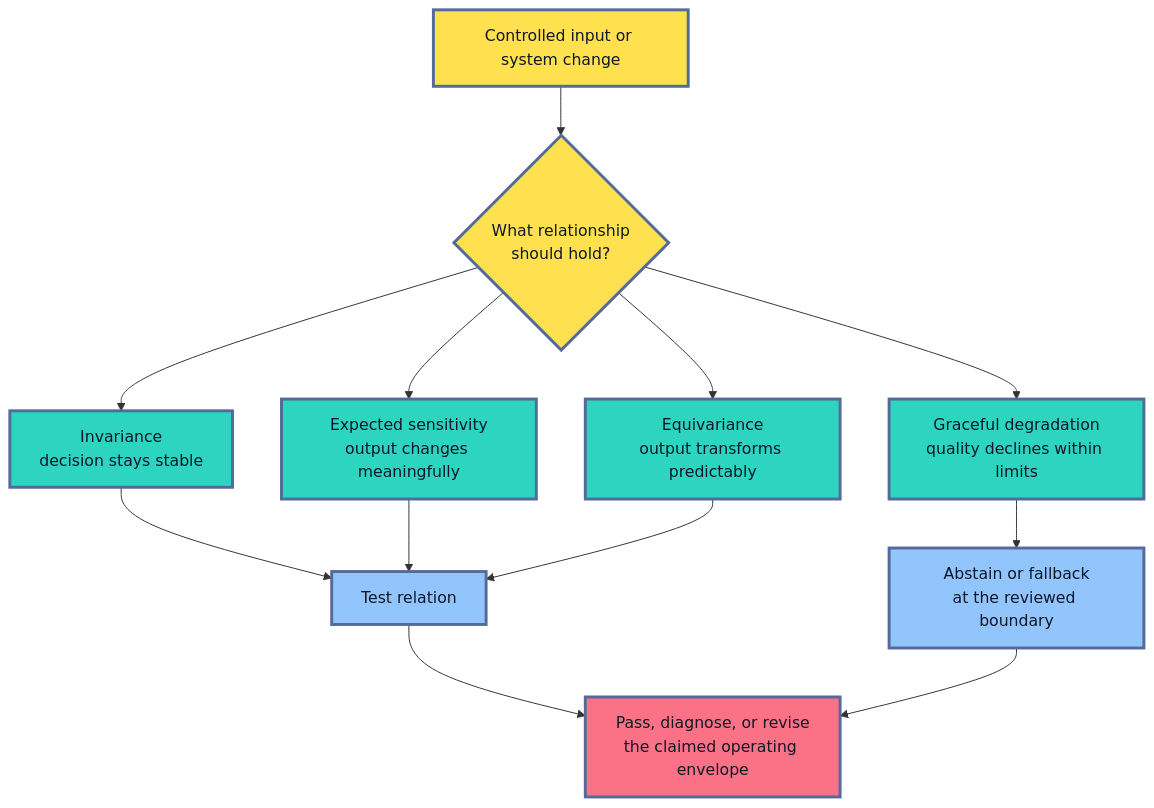
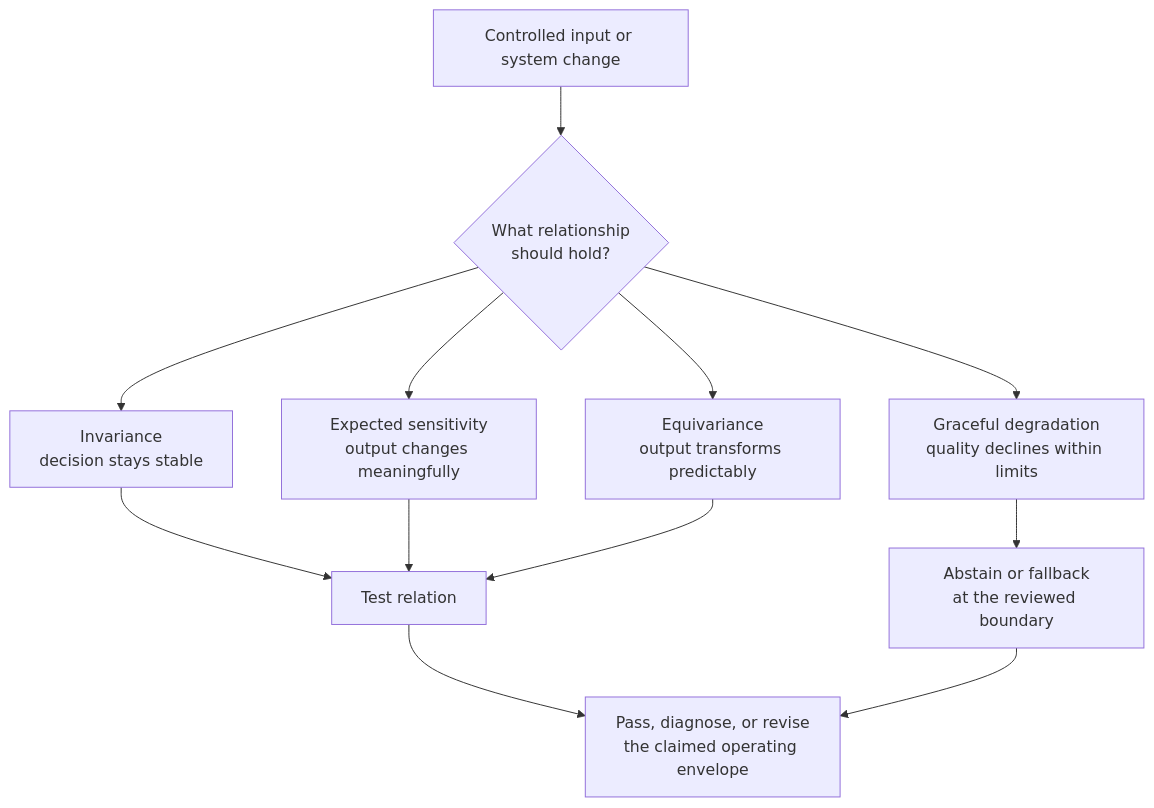
Before and after one commit to senlinyy/dev-roadmaps: the third of 12 diagrams in roadmaps/mlops/modules/model-evaluation/production-readiness/03-robustness-testing-before-release.md, drawn with Mermaid. The commit also changed other lines of this file and 152 other files, not shown here.

Commit message:
feat: mlops and diagrams updated

````diff
--- a/roadmaps/mlops/modules/model-evaluation/production-readiness/03-robustness-testing-before-release.md
+++ b/roadmaps/mlops/modules/model-evaluation/production-readiness/03-robustness-testing-before-release.md
@@ -159,23 +151,19 @@
 ```mermaid
 flowchart TD
     A["Controlled input or system change"] --> B{"What relationship<br/>should hold?"}
     B --> C["Invariance<br/>decision stays stable"]
     B --> D["Expected sensitivity<br/>output changes meaningfully"]
     B --> E["Equivariance<br/>output transforms predictably"]
     B --> F["Graceful degradation<br/>quality declines within limits"]
     C --> G["Test relation"]
     D --> G
     E --> G
     F --> H["Abstain or fallback<br/>at the reviewed boundary"]
     G --> I["Pass, diagnose, or revise<br/>the claimed operating envelope"]
     H --> I
 
-    classDef change fill:#FFE04F,stroke:#536A9A,stroke-width:3px,color:#111827
-    classDef relation fill:#2DD4BF,stroke:#536A9A,stroke-width:3px,color:#0F172A
-    classDef action fill:#93C5FD,stroke:#536A9A,stroke-width:3px,color:#0F172A
-    classDef decision fill:#FB7185,stroke:#536A9A,stroke-width:3px,color:#111827
     class A,B change
     class C,D,E,F relation
     class G,H action
     class I decision
 ```
````
